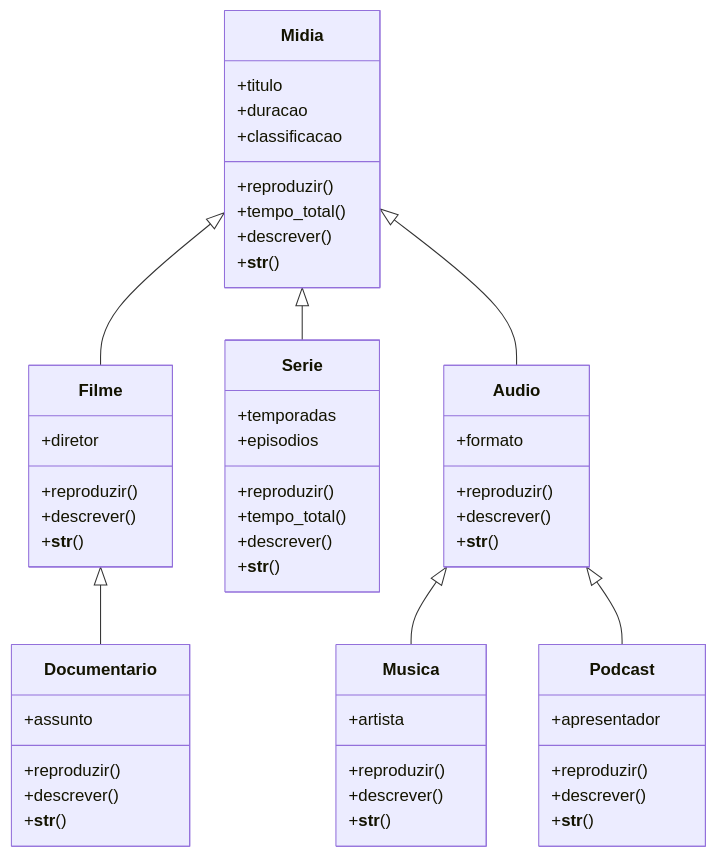
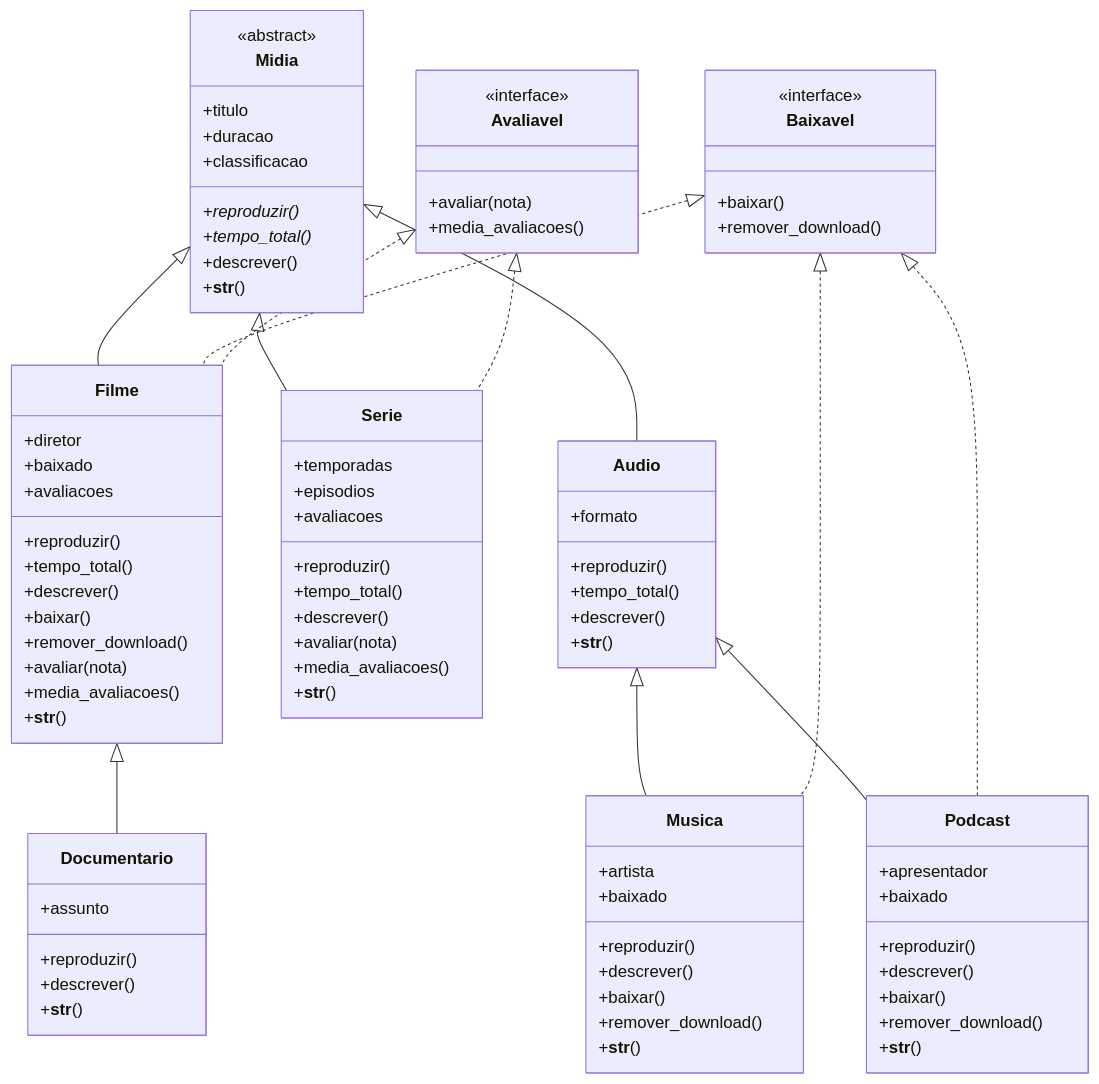
Before and after one commit to josehamilton62/projeto-poo-streaming: the diagram in docs/diagrama.md, drawn with Mermaid. The commit also changed other lines of this file and 1 other file, not shown here.

Commit message:
Parte 2: implementa interfaces em Filme e Serie e atualiza diagrama de classes

````diff
--- a/docs/diagrama.md
+++ b/docs/diagrama.md
@@ -5,19 +5,39 @@
 ```mermaid
 classDiagram
     class Midia {
+        <<abstract>>
         +titulo
         +duracao
         +classificacao
-        +reproduzir()
-        +tempo_total()
+        +reproduzir()*
+        +tempo_total()*
         +descrever()
         +__str__()
     }
 
+    class Baixavel {
+        <<interface>>
+        +baixar()
+        +remover_download()
+    }
+
+    class Avaliavel {
+        <<interface>>
+        +avaliar(nota)
+        +media_avaliacoes()
+    }
+
     class Filme {
         +diretor
+        +baixado
+        +avaliacoes
         +reproduzir()
+        +tempo_total()
         +descrever()
+        +baixar()
+        +remover_download()
+        +avaliar(nota)
+        +media_avaliacoes()
         +__str__()
     }
 
@@ -31,30 +51,40 @@
     class Serie {
         +temporadas
         +episodios
+        +avaliacoes
+        +reproduzir()
+        +tempo_total()
+        +descrever()
+        +avaliar(nota)
+        +media_avaliacoes()
+        +__str__()
+    }
+
+    class Audio {
+        +formato
         +reproduzir()
         +tempo_total()
         +descrever()
         +__str__()
     }
 
-    class Audio {
-        +formato
+    class Musica {
+        +artista
+        +baixado
         +reproduzir()
         +descrever()
-        +__str__()
-    }
-
-    class Musica {
-        +artista
-        +reproduzir()
-        +descrever()
+        +baixar()
+        +remover_download()
         +__str__()
     }
 
     class Podcast {
         +apresentador
+        +baixado
         +reproduzir()
         +descrever()
+        +baixar()
+        +remover_download()
         +__str__()
     }
 
@@ -64,4 +94,10 @@
     Midia <|-- Audio
     Audio <|-- Musica
     Audio <|-- Podcast
+
+    Baixavel <|.. Filme
+    Baixavel <|.. Musica
+    Baixavel <|.. Podcast
+    Avaliavel <|.. Filme
+    Avaliavel <|.. Serie
 ```
````
